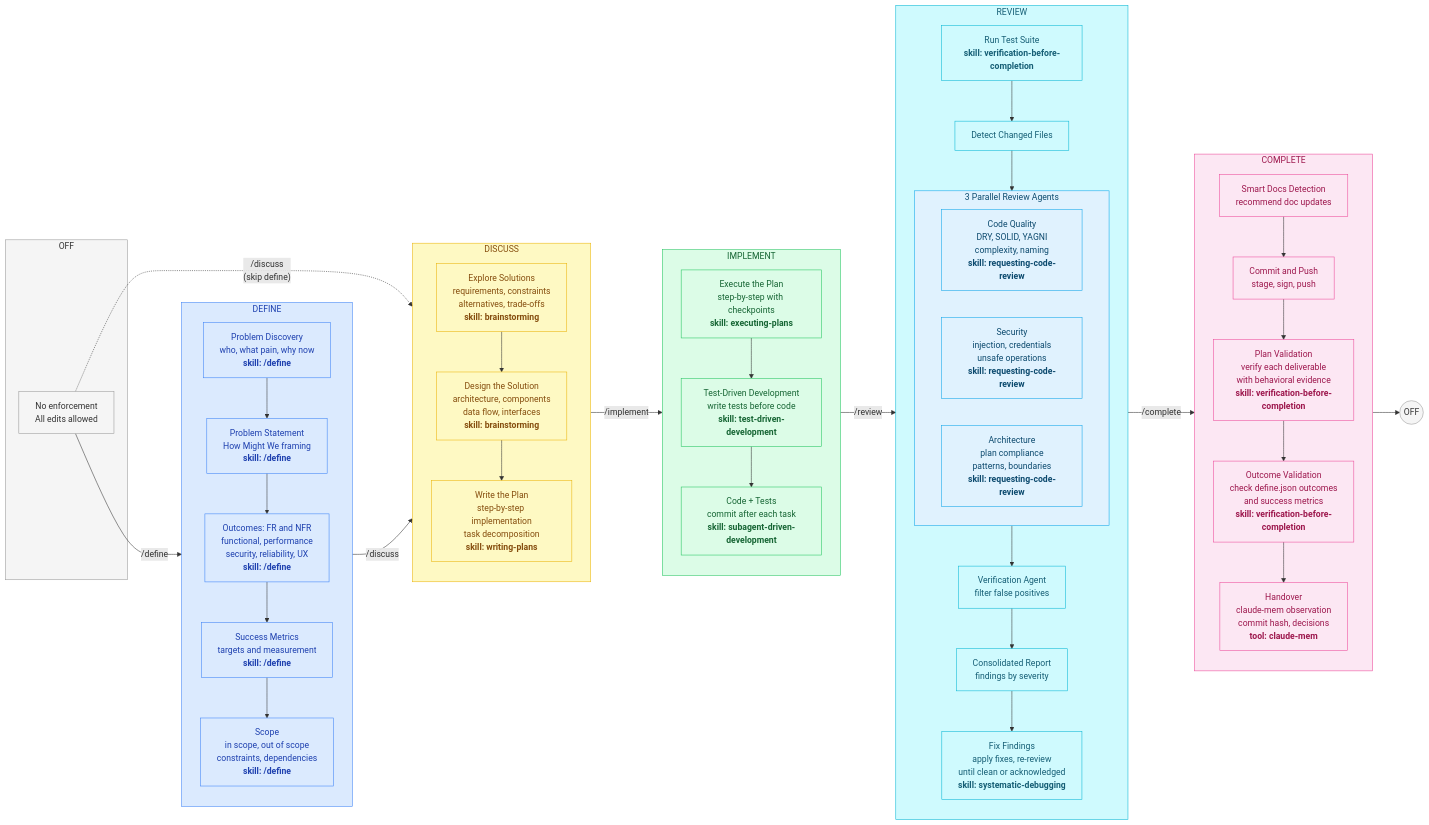
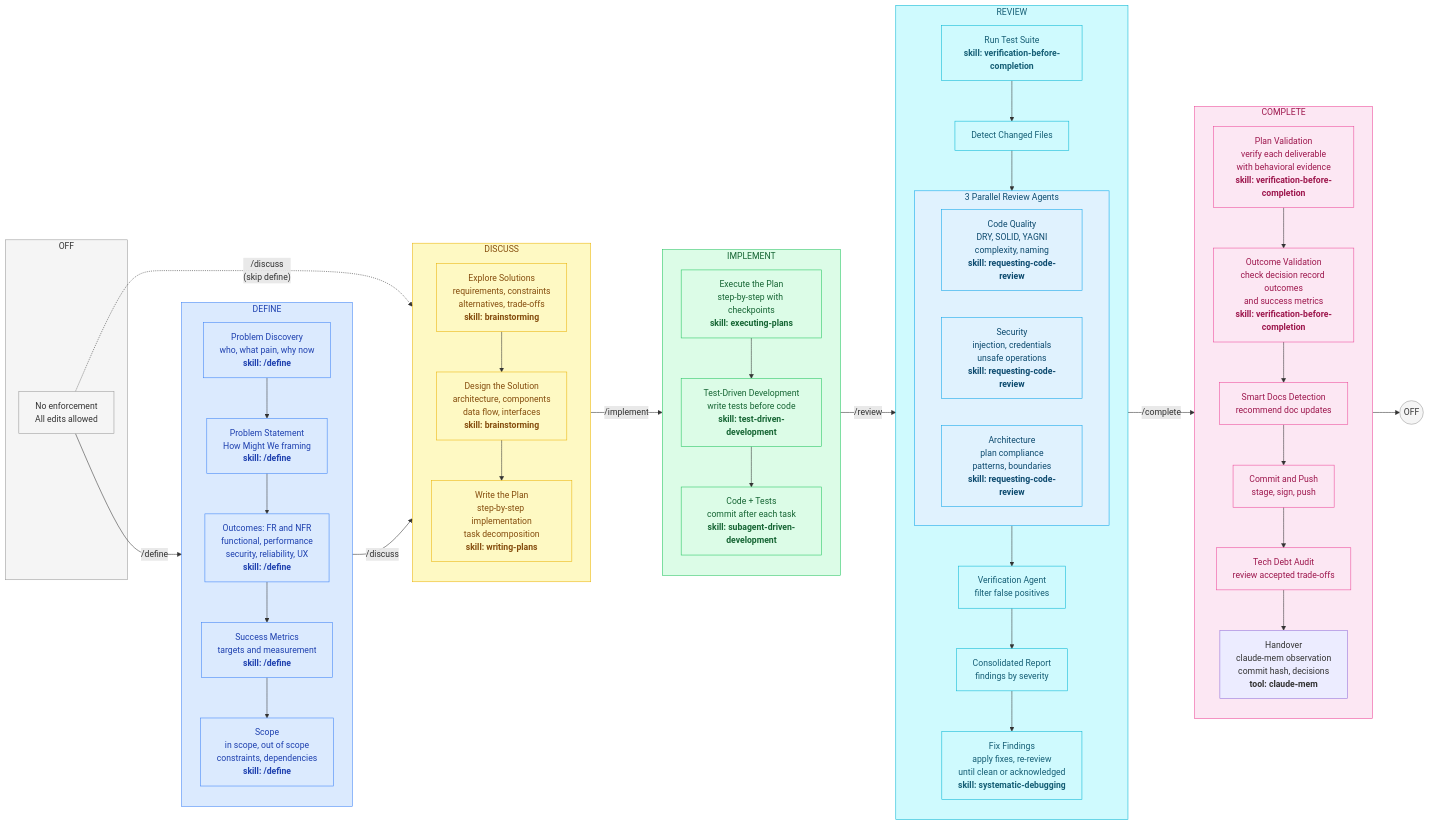
The diagram in README.md (azevedo-home-lab/claude-code-workflows), drawn with Mermaid before and after one commit. The commit also changed 4 other files, not shown here.

First line of the commit message:
fix: address all review findings — security, docs, diagram

```diff
--- a/README.md
+++ b/README.md
@@ -73,12 +73,13 @@
 
     subgraph COMPLETE_BOX ["COMPLETE"]
         direction TB
-        C1["Smart Docs Detection\nrecommend doc updates"]
-        C2["Commit and Push\nstage, sign, push"]
-        C3["Plan Validation\nverify each deliverable\nwith behavioral evidence\n<b>skill: verification-before-completion</b>"]
-        C4["Outcome Validation\ncheck define.json outcomes\nand success metrics\n<b>skill: verification-before-completion</b>"]
-        C5["Handover\nclaude-mem observation\ncommit hash, decisions\n<b>tool: claude-mem</b>"]
-        C1 --> C2 --> C3 --> C4 --> C5
+        C1["Plan Validation\nverify each deliverable\nwith behavioral evidence\n<b>skill: verification-before-completion</b>"]
+        C2["Outcome Validation\ncheck decision record outcomes\nand success metrics\n<b>skill: verification-before-completion</b>"]
+        C3["Smart Docs Detection\nrecommend doc updates"]
+        C4["Commit and Push\nstage, sign, push"]
+        C5["Tech Debt Audit\nreview accepted trade-offs"]
+        C6["Handover\nclaude-mem observation\ncommit hash, decisions\n<b>tool: claude-mem</b>"]
+        C1 --> C2 --> C3 --> C4 --> C5 --> C6
     end
 
     OFF_END(("OFF"))
```
